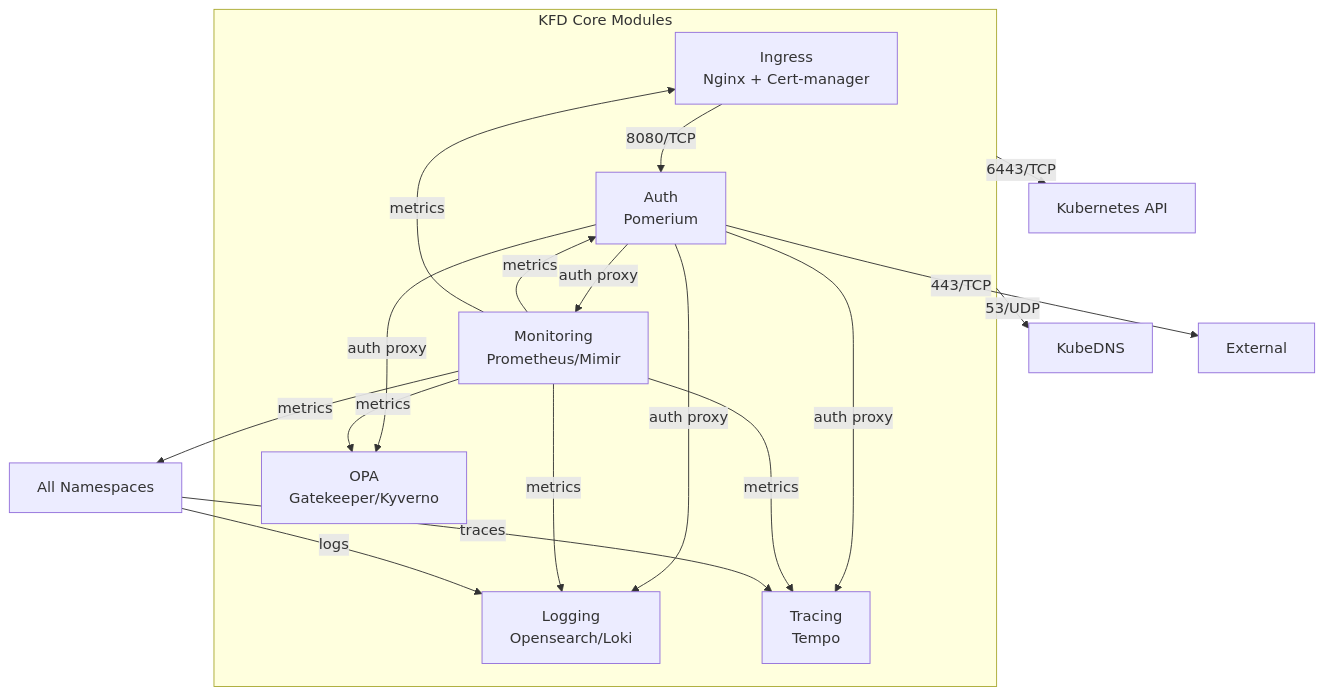
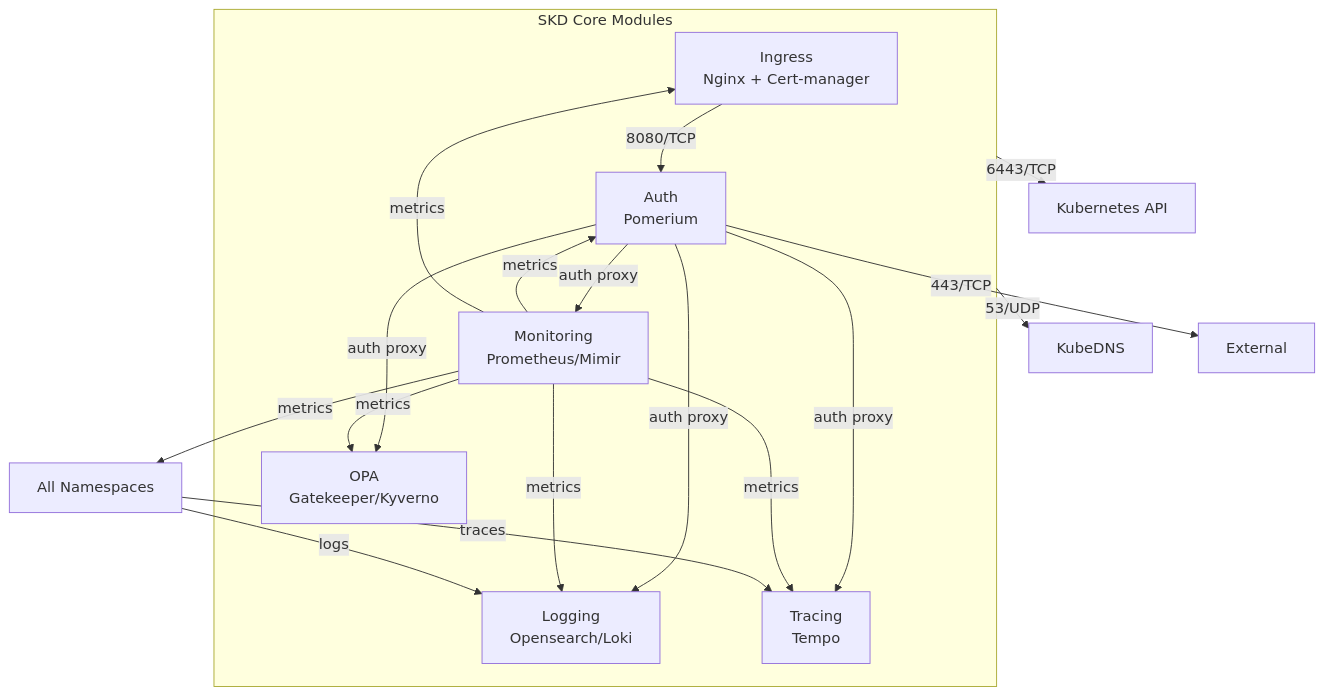
Before and after one commit to sighupio/fury-distribution: the diagram in docs/network-policies/overview.md, drawn with Mermaid. The commit also changed other lines of this file and 1 other file, not shown here.

Commit message:
docs: rebrand network policies docs

````diff
--- a/docs/network-policies/overview.md
+++ b/docs/network-policies/overview.md
@@ -3,34 +3,34 @@
 ```mermaid
 graph TD
-    subgraph kfd[KFD Core Modules]
+    subgraph kfd[SKD Core Modules]
         ingress[Ingress<br/>Nginx + Cert-manager]
         auth[Auth<br/>Pomerium]
         mon[Monitoring<br/>Prometheus/Mimir]
         log[Logging<br/>Opensearch/Loki]
         tracing[Tracing<br/>Tempo]
         opa[OPA<br/>Gatekeeper/Kyverno]
     end
 
     %% K8s Core Components
     dns[KubeDNS]
     api[Kubernetes API]
     ext[External]
 
     %% Edges
     kfd --->|"53/UDP"| dns
     kfd -->|"6443/TCP"| api
     ingress -->|"8080/TCP"| auth
     auth -->|"auth proxy"| mon & log & tracing & opa
     auth -->|"443/TCP"| ext
     mon -->|"metrics"| all
     mon -->|"metrics"| auth
     mon -->|"metrics"| ingress
     mon -->|"metrics"| log
     mon -->|"metrics"| tracing
     mon -->|"metrics"| opa
     all[All Namespaces] -->|"logs"| log
     all -->|"traces"| tracing
 
 
 
 ```
````
